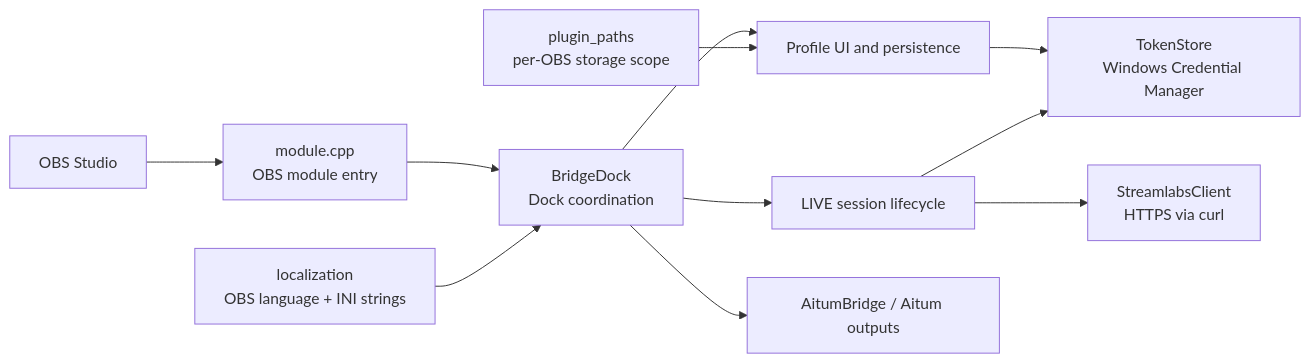
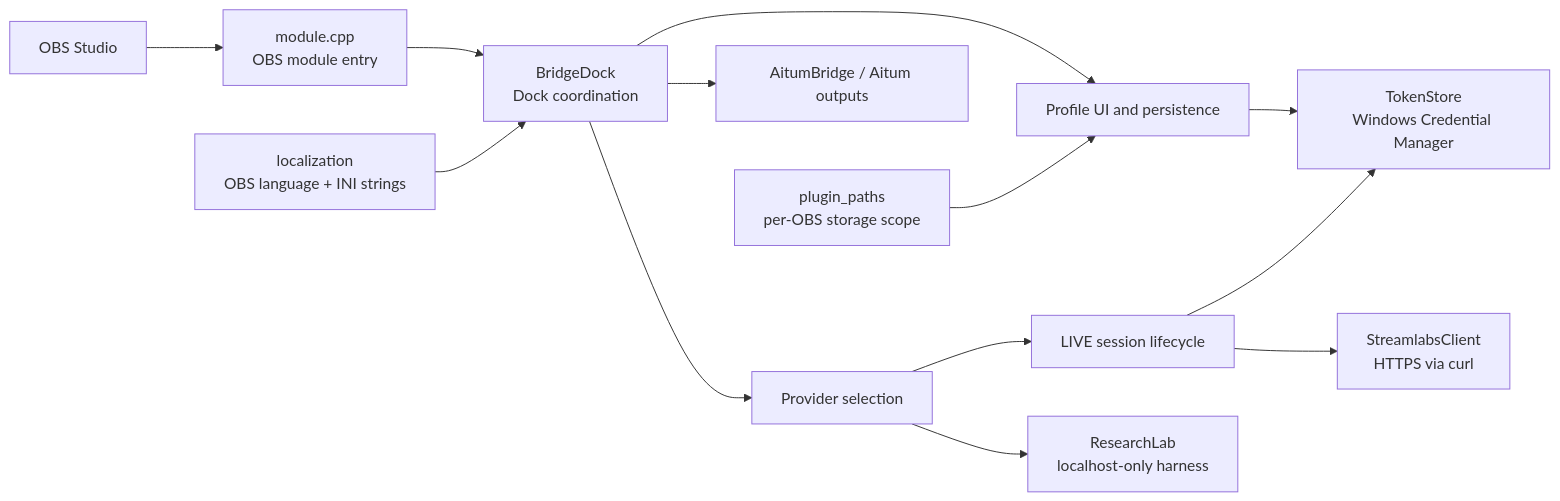
The diagram in docs/ARCHITECTURE.md (Smile-4-Me/tiktok-live-obs), drawn with Mermaid before and after one commit. The commit also changed other lines of this file and 5 other files, not shown here.

````diff
--- a/docs/ARCHITECTURE.md
+++ b/docs/ARCHITECTURE.md
@@ -5,13 +5,15 @@
 ```mermaid
 flowchart LR
   OBS["OBS Studio"] --> Entry["module.cpp\nOBS module entry"]
   Entry --> Dock["BridgeDock\nDock coordination"]
   Dock --> Profiles["Profile UI and persistence"]
-  Dock --> Sessions["LIVE session lifecycle"]
+  Dock --> Providers["Provider selection"]
+  Providers --> Sessions["LIVE session lifecycle"]
+  Providers --> Research["ResearchLab\nlocalhost-only harness"]
   Dock --> Aitum["AitumBridge / Aitum outputs"]
   Profiles --> Secrets["TokenStore\nWindows Credential Manager"]
   Sessions --> Streamlabs["StreamlabsClient\nHTTPS via curl"]
   Sessions --> Secrets
   Paths["plugin_paths\nper-OBS storage scope"] --> Profiles
   Localization["localization\nOBS language + INI strings"] --> Dock
 ```
````
